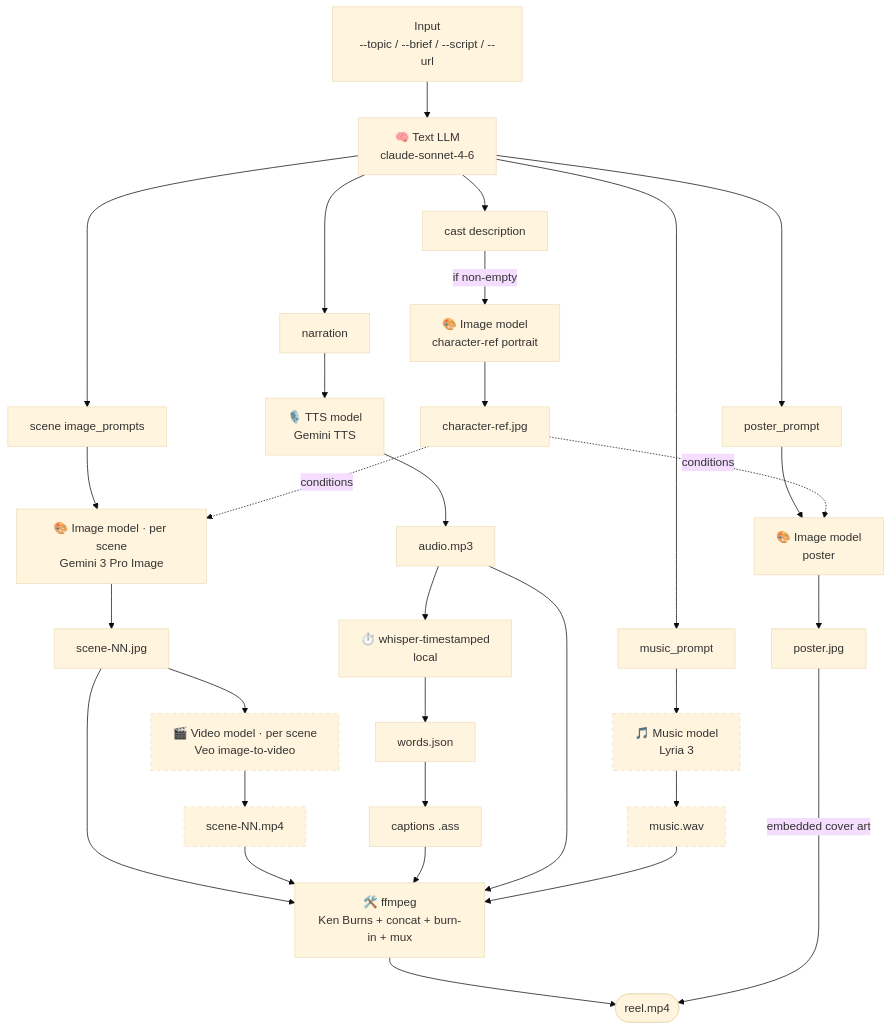
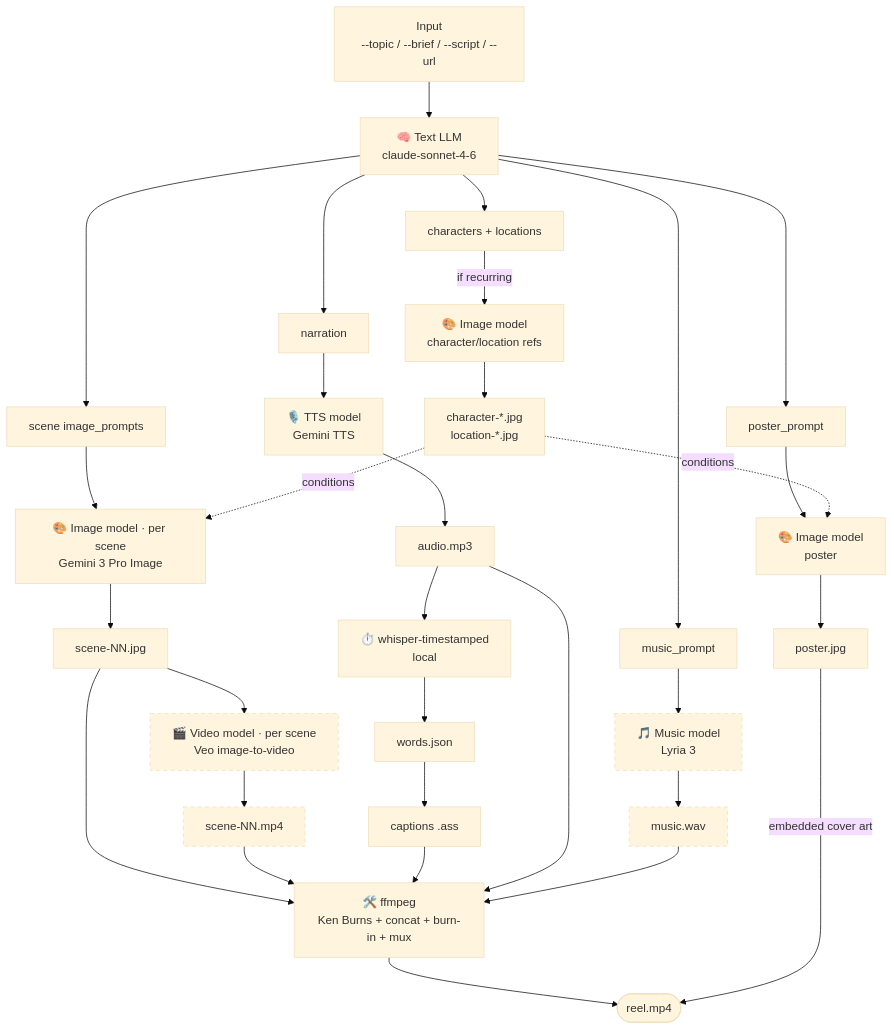
One commit to spunkytensor/reel-maestro changed the second of 2 diagrams in README.md. Above: the diagram before and after it, drawn with Mermaid (base theme). The commit also changed other lines of this file and 12 other files, not shown here.

````diff
--- a/README.md
+++ b/README.md
@@ -541,52 +544,52 @@
 ```mermaid
 flowchart TD
     input["Input<br/>--topic / --brief / --script / --url"] --> textLLM["🧠 Text LLM<br/>claude-sonnet-4-6"]
 
     textLLM --> narration["narration"]
     textLLM --> scenePrompts["scene image_prompts"]
     textLLM --> posterPrompt["poster_prompt"]
     textLLM --> musicPrompt["music_prompt"]
-    textLLM --> cast["cast description"]
+    textLLM --> canon["characters + locations"]
 
-    %% Character-consistency portrait
-    cast -->|"if non-empty"| charImg["🎨 Image model<br/>character-ref portrait"]
-    charImg --> charRef["character-ref.jpg"]
+    %% Consistency references
+    canon -->|"if recurring"| refImg["🎨 Image model<br/>character/location refs"]
+    refImg --> refs["character-*.jpg<br/>location-*.jpg"]
 
     %% Per-scene images
     scenePrompts --> sceneImg["🎨 Image model · per scene<br/>Gemini 3 Pro Image"]
-    charRef -.->|conditions| sceneImg
+    refs -.->|conditions| sceneImg
     sceneImg --> stills["scene-NN.jpg"]
 
     %% Custom poster
     posterPrompt --> posterImg["🎨 Image model<br/>poster"]
-    charRef -.->|conditions| posterImg
+    refs -.->|conditions| posterImg
     posterImg --> poster["poster.jpg"]
 
     %% Narration audio
     narration --> tts["🎙️ TTS model<br/>Gemini TTS"]
     tts --> audio["audio.mp3"]
 
     %% Captions — local, not an AI/OpenRouter call
     audio --> whisper["⏱️ whisper-timestamped<br/>local"]
     whisper --> words["words.json"] --> captions["captions .ass"]
 
     %% Optional soundtrack
     musicPrompt --> music["🎵 Music model<br/>Lyria 3"]
     music --> musicFile["music.wav"]
 
     %% Optional AI video clips
     stills --> veo["🎬 Video model · per scene<br/>Veo image-to-video"]
     veo --> clips["scene-NN.mp4"]
 
     %% Final assembly
     stills --> mux["🛠️ ffmpeg<br/>Ken Burns + concat + burn-in + mux"]
     clips --> mux
     captions --> mux
     audio --> mux
     musicFile --> mux
     mux --> reel(["reel.mp4"])
     poster -->|embedded cover art| reel
 
     classDef optional stroke-dasharray: 5 5;
     class music,musicFile,veo,clips optional;
 ```
````
